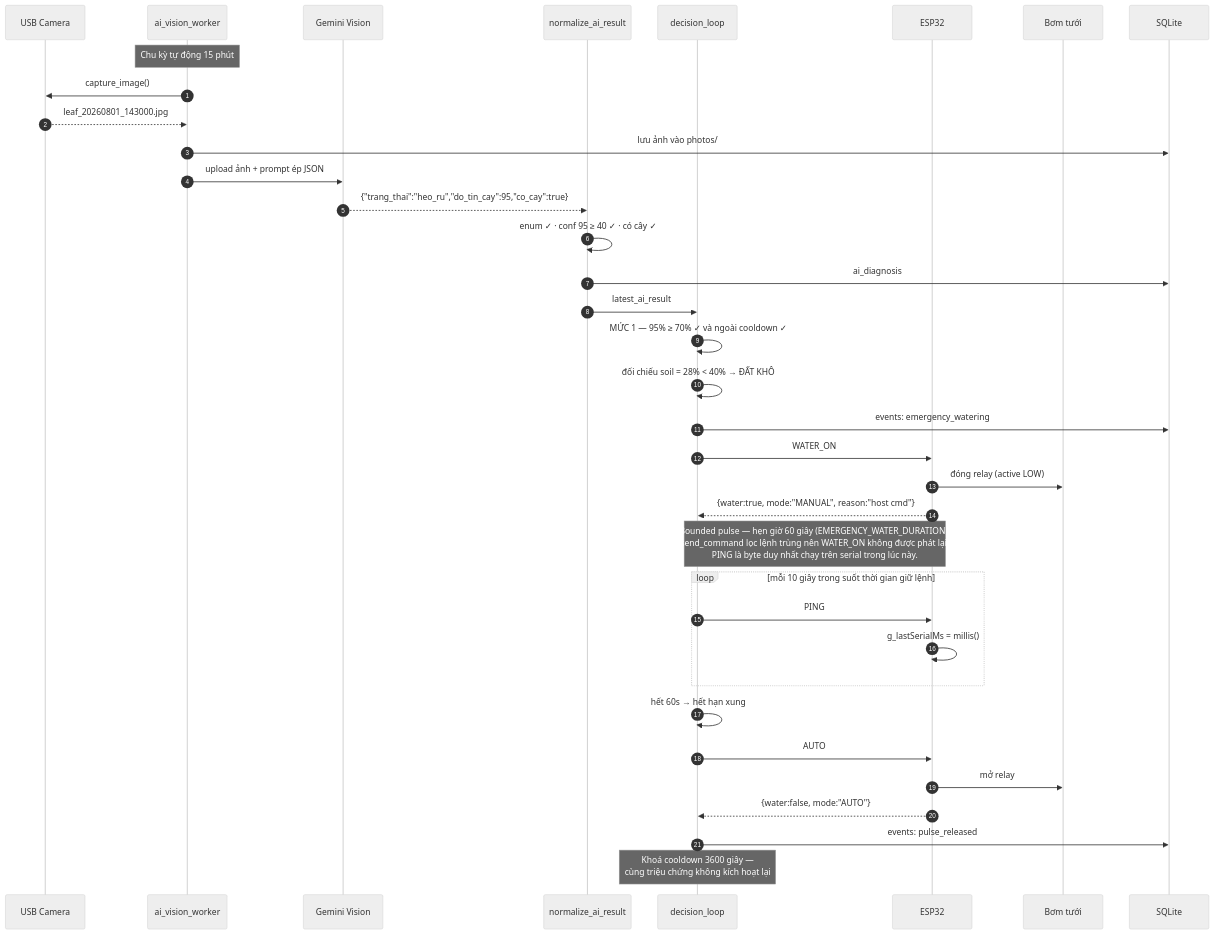
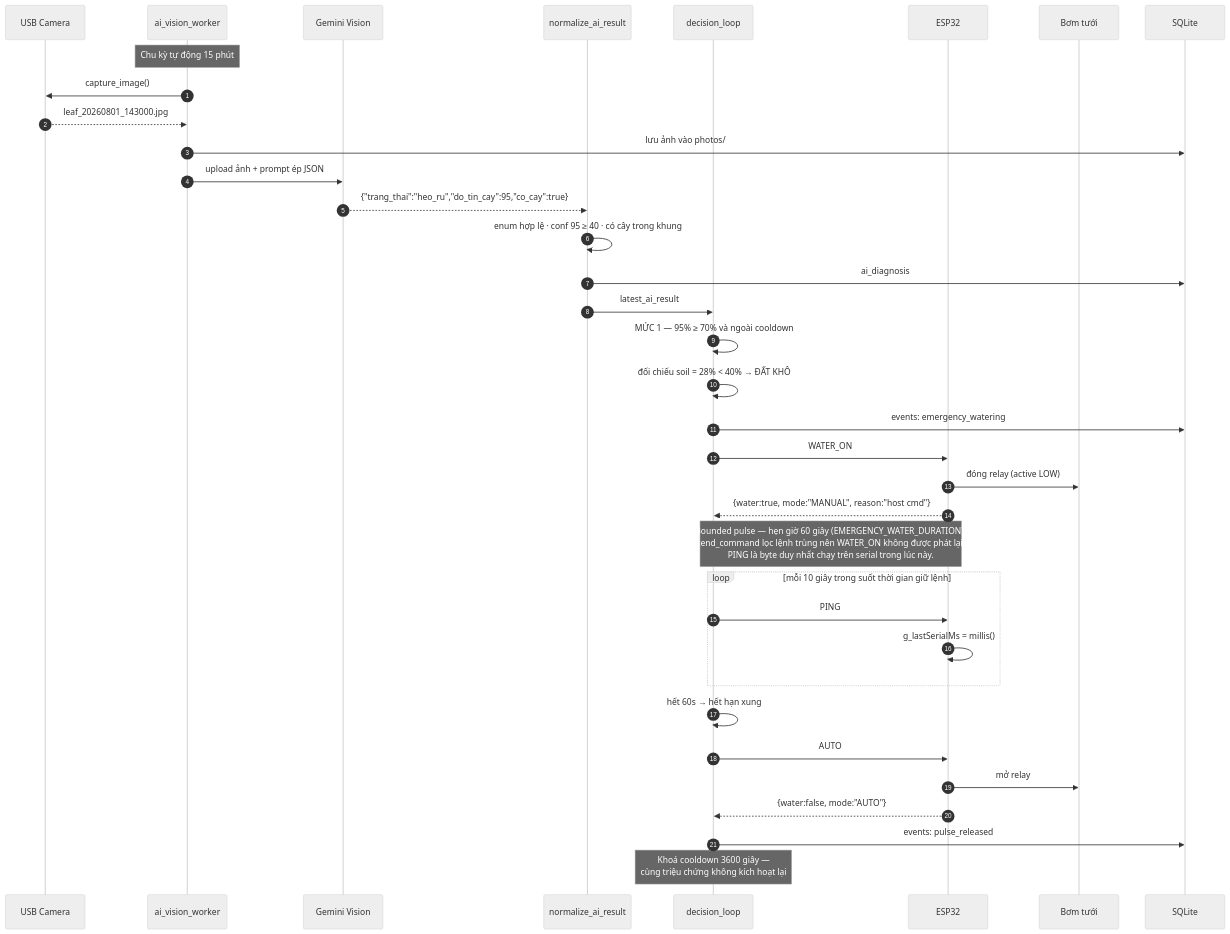
The fourth of 8 diagrams in doc/smart_garden_diagrams_v2.md (dtc245010034-rgb/Home-Garden-An-IoT-AI-System-for-Automated-Plant-Care-last), drawn with Mermaid (neutral theme) before and after one commit. The commit also changed other lines of this file and 6 other files, not shown here.

````diff
--- a/doc/smart_garden_diagrams_v2.md
+++ b/doc/smart_garden_diagrams_v2.md
@@ -204,43 +204,43 @@
 ```mermaid
 sequenceDiagram
     autonumber
     participant CAM as USB Camera
     participant AIW as ai_vision_worker
     participant GEM as Gemini Vision
     participant VAL as normalize_ai_result
     participant DL as decision_loop
     participant ESP as ESP32
     participant PUMP as Bơm tưới
     participant DB as SQLite
 
     Note over AIW: Chu kỳ tự động 15 phút
     AIW->>CAM: capture_image()
     CAM-->>AIW: leaf_20260801_143000.jpg
     AIW->>DB: lưu ảnh vào photos/
     AIW->>GEM: upload ảnh + prompt ép JSON
     GEM-->>VAL: {"trang_thai":"heo_ru","do_tin_cay":95,"co_cay":true}
-    VAL->>VAL: enum ✓ · conf 95 ≥ 40 ✓ · có cây ✓
+    VAL->>VAL: enum hợp lệ · conf 95 ≥ 40 · có cây trong khung
     VAL->>DB: ai_diagnosis
     VAL->>DL: latest_ai_result
 
-    DL->>DL: MỨC 1 — 95% ≥ 70% ✓ và ngoài cooldown ✓
+    DL->>DL: MỨC 1 — 95% ≥ 70% và ngoài cooldown
     DL->>DL: đối chiếu soil = 28% < 40% → ĐẤT KHÔ
     DL->>DB: events: emergency_watering
     DL->>ESP: WATER_ON
     ESP->>PUMP: đóng relay (active LOW)
     ESP-->>DL: {water:true, mode:"MANUAL", reason:"host cmd"}
 
     Note over DL,ESP: Bounded pulse — hẹn giờ 60 giây (EMERGENCY_WATER_DURATION).<br/>send_command lọc lệnh trùng nên WATER_ON không được phát lại.<br/>PING là byte duy nhất chạy trên serial trong lúc này.
     loop mỗi 10 giây trong suốt thời gian giữ lệnh
         DL->>ESP: PING
         ESP->>ESP: g_lastSerialMs = millis()
     end
 
     DL->>DL: hết 60s → hết hạn xung
     DL->>ESP: AUTO
     ESP->>PUMP: mở relay
     ESP-->>DL: {water:false, mode:"AUTO"}
     DL->>DB: events: pulse_released
 
     Note over DL: Khoá cooldown 3600 giây —<br/>cùng triệu chứng không kích hoạt lại
 ```
````
